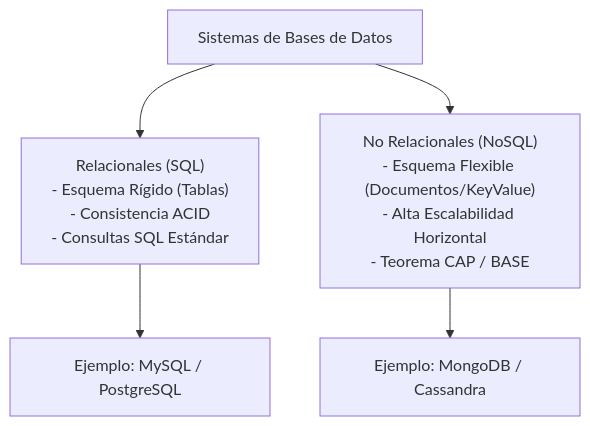
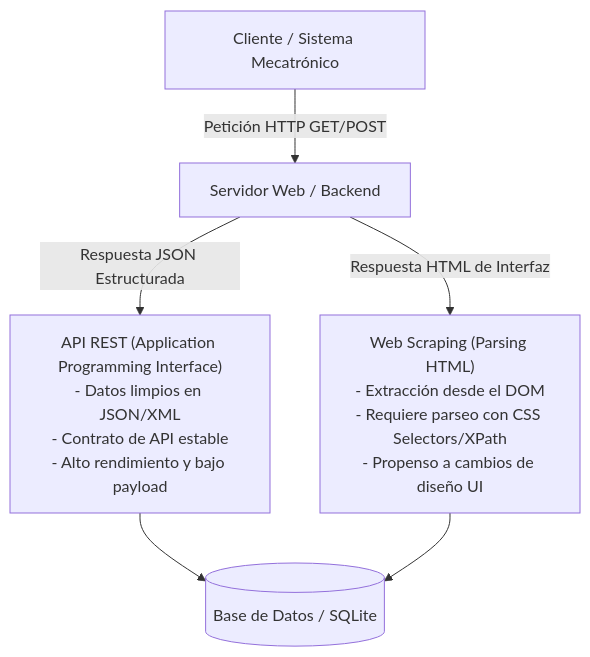
The first of 2 diagrams in README.md (carlobeni/LPV2026-2), drawn with Mermaid before and after one commit. The commit also changed other lines of this file and 56 other files, not shown here.

Commit message:
feat: initialize continuous data collection project with REST API integration, web scraping capabilities, and SQLite persistence.

````diff
--- a/README.md
+++ b/README.md
@@ -12,8 +12,10 @@
 ```mermaid
 flowchart TD
-    BD[Sistemas de Bases de Datos] --> SQL["Relacionales (SQL)\n- Esquema Rígido (Tablas)\n- Consistencia ACID\n- Consultas SQL Estándar"]
-    BD --> NoSQL["No Relacionales (NoSQL)\n- Esquema Flexible (Documentos/KeyValue)\n- Alta Escalabilidad Horizontal\n- Teorema CAP / BASE"]
+    Cliente[Cliente / Sistema Mecatrónico] --> |Petición HTTP GET/POST| Servidor[Servidor Web / Backend]
     
-    SQL --> MySQL[Ejemplo: MySQL / PostgreSQL]
-    NoSQL --> Mongo[Ejemplo: MongoDB / Cassandra]
+    Servidor -->|Respuesta JSON Estructurada| API["API REST (Application Programming Interface)\n- Datos limpios en JSON/XML\n- Contrato de API estable\n- Alto rendimiento y bajo payload"]
+    Servidor -->|Respuesta HTML de Interfaz| WebScrape["Web Scraping (Parsing HTML)\n- Extracción desde el DOM\n- Requiere parseo con CSS Selectors/XPath\n- Propenso a cambios de diseño UI"]
+    
+    API --> BD[(Base de Datos / SQLite)]
+    WebScrape --> BD
 ```
````
